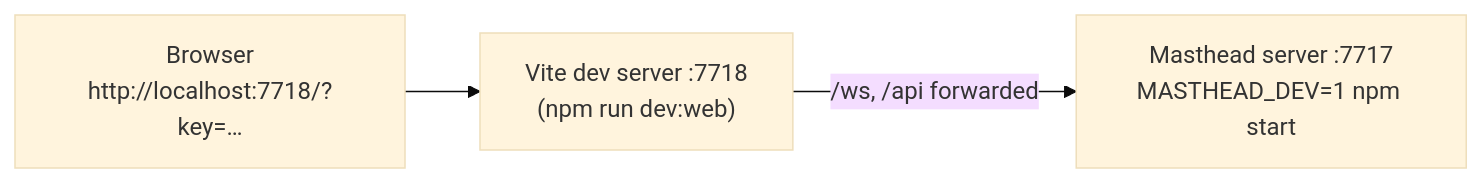
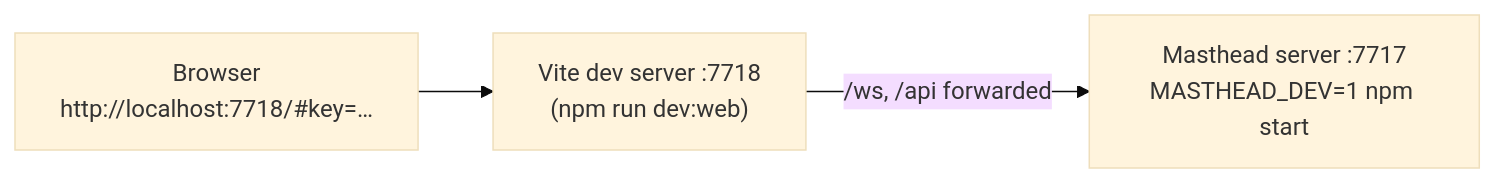
The diagram in docs/wiki/Building-Testing-Installing.md (Luxorium/masthead), drawn with Mermaid (base theme) before and after one commit. The commit also changed other lines of this file and 66 other files, not shown here.

````diff
--- a/docs/wiki/Building-Testing-Installing.md
+++ b/docs/wiki/Building-Testing-Installing.md
@@ -49,5 +49,5 @@
 ```mermaid
 flowchart LR
-  B["Browser<br/>http://localhost:7718/?key=…"] --> V["Vite dev server :7718<br/>(npm run dev:web)"]
+  B["Browser<br/>http://localhost:7718/#key=…"] --> V["Vite dev server :7718<br/>(npm run dev:web)"]
   V -- "/ws, /api forwarded" --> M["Masthead server :7717<br/>MASTHEAD_DEV=1 npm start"]
 ```
````
